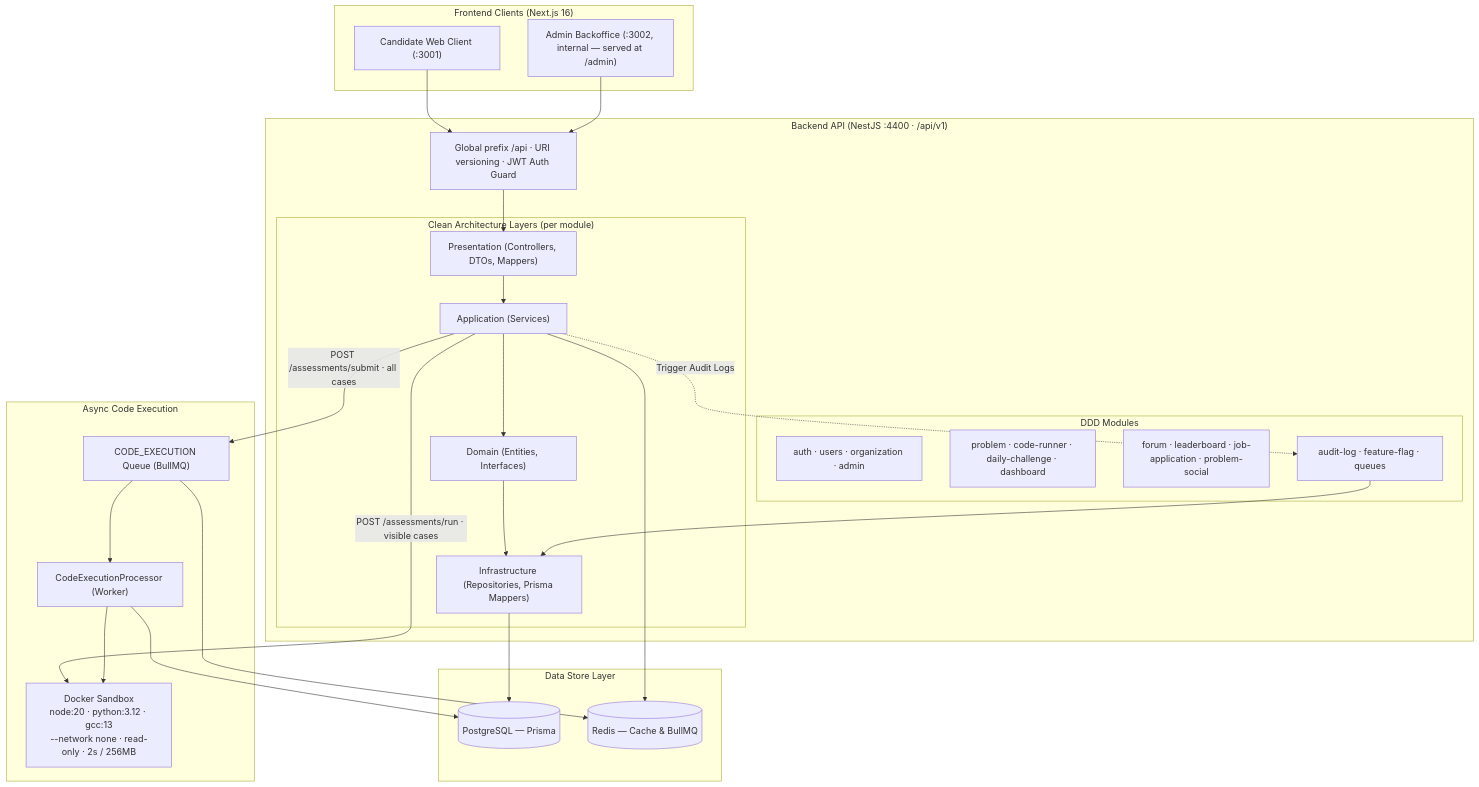
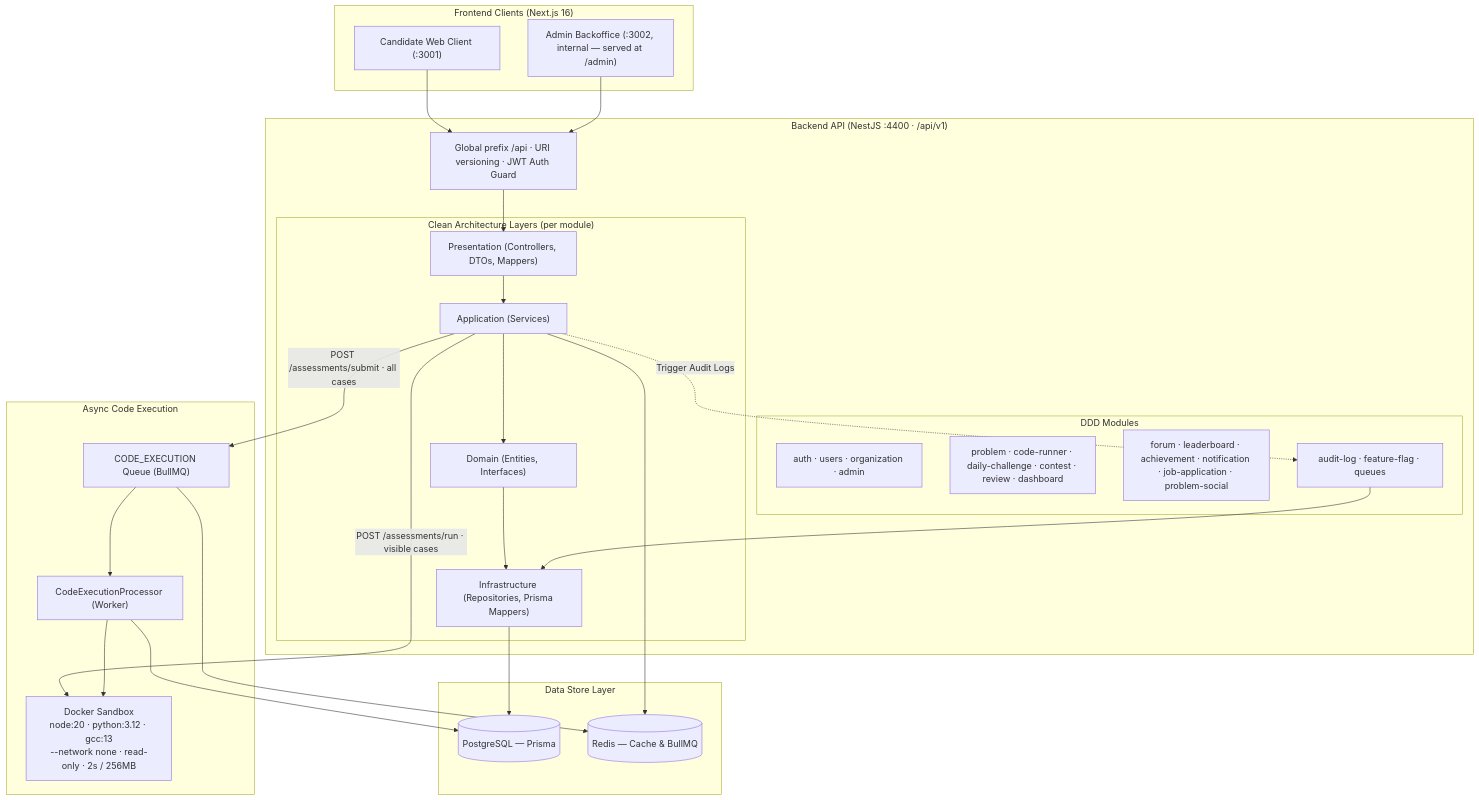
Before and after one commit to rizonkumar/elevateSDE: the diagram in README.md, drawn with Mermaid. The commit also changed other lines of this file and 46 other files, not shown here.

````diff
--- a/README.md
+++ b/README.md
@@ -12,57 +12,57 @@
 ```mermaid
 graph TD
     subgraph Clients["Frontend Clients (Next.js 16)"]
         Web["Candidate Web Client (:3001)"]
         Admin["Admin Backoffice (:3002, internal — served at /admin)"]
     end
 
     subgraph API["Backend API (NestJS :4400 · /api/v1)"]
         Gateway["Global prefix /api · URI versioning · JWT Auth Guard"]
 
         subgraph Domains["DDD Modules"]
             CoreMods["auth · users · organization · admin"]
-            LearnMods["problem · code-runner · daily-challenge · dashboard"]
-            CommMods["forum · leaderboard · job-application · problem-social"]
+            LearnMods["problem · code-runner · daily-challenge · contest · review · dashboard"]
+            CommMods["forum · leaderboard · achievement · notification · job-application · problem-social"]
             PlatMods["audit-log · feature-flag · queues"]
         end
 
         subgraph Layers["Clean Architecture Layers (per module)"]
             Pres["Presentation (Controllers, DTOs, Mappers)"]
             App["Application (Services)"]
             Dom["Domain (Entities, Interfaces)"]
             Infra["Infrastructure (Repositories, Prisma Mappers)"]
         end
     end
 
     subgraph Async["Async Code Execution"]
         Queue["CODE_EXECUTION Queue (BullMQ)"]
         Worker["CodeExecutionProcessor (Worker)"]
         Sandbox["Docker Sandbox<br/>node:20 · python:3.12 · gcc:13<br/>--network none · read-only · 2s / 256MB"]
     end
 
     subgraph Storage["Data Store Layer"]
         DB[("PostgreSQL — Prisma")]
         Cache[("Redis — Cache & BullMQ")]
     end
 
     Web --> Gateway
     Admin --> Gateway
     Gateway --> Pres
     Pres --> App
     App --> Dom
     Dom --> Infra
     Infra --> DB
     App --> Cache
 
     %% Code execution: synchronous run vs queued submit
     App -->|POST /assessments/run · visible cases| Sandbox
     App -->|POST /assessments/submit · all cases| Queue
     Queue --> Cache
     Queue --> Worker
     Worker --> Sandbox
     Worker --> DB
 
     %% Audit Logging Hook
     App -.->|Trigger Audit Logs| PlatMods
     PlatMods --> Infra
 ```
````
